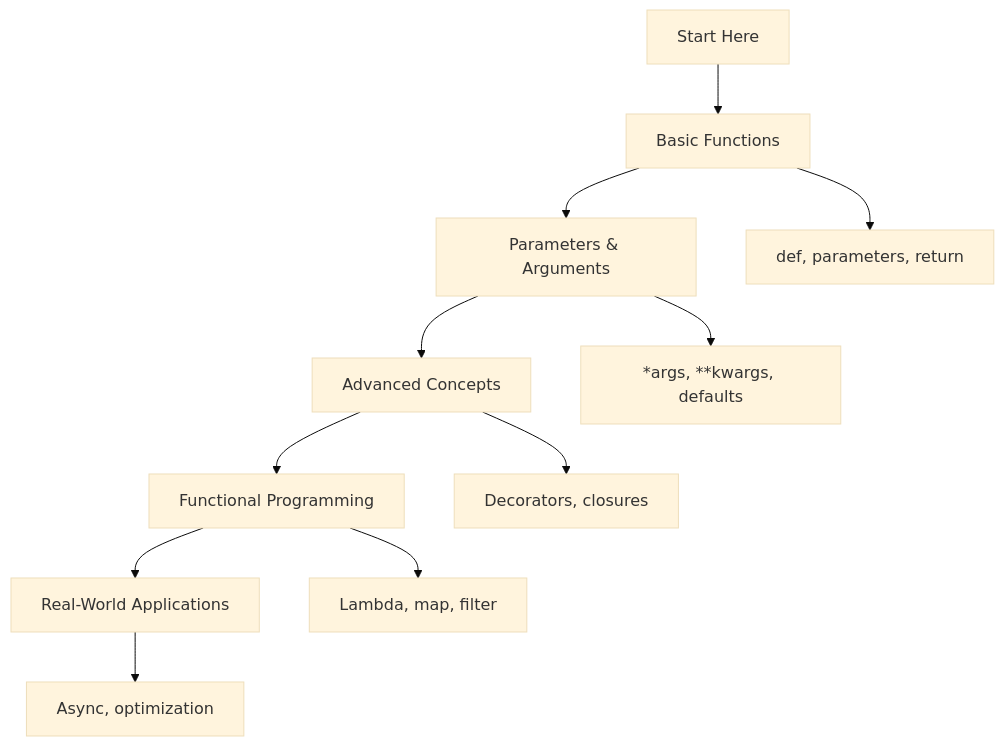
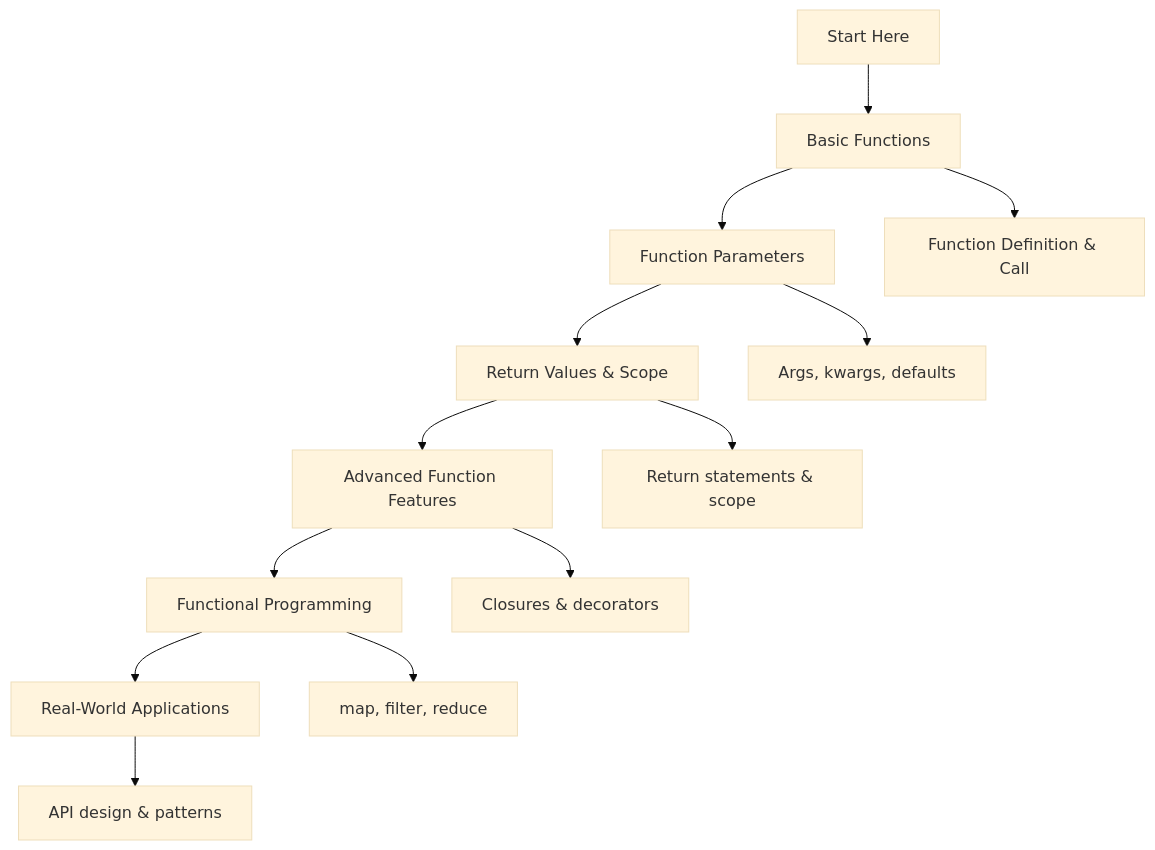
Before and after one commit to mayankpriy/Python-Dojo: the diagram in 03_functions/README.md, drawn with Mermaid (base theme). The commit also changed other lines of this file and 33 other files, not shown here.

````diff
--- a/03_functions/README.md
+++ b/03_functions/README.md
@@ -9,14 +9,16 @@
 ```mermaid
 graph TD
     A[Start Here] --> B[Basic Functions]
-    B --> C[Parameters & Arguments]
-    C --> D[Advanced Concepts]
-    D --> E[Functional Programming]
-    E --> F[Real-World Applications]
+    B --> C[Function Parameters]
+    C --> D[Return Values & Scope]
+    D --> E[Advanced Function Features]
+    E --> F[Functional Programming]
+    F --> G[Real-World Applications]
 
-    B --> B1[def, parameters, return]
-    C --> C1[*args, **kwargs, defaults]
-    D --> D1[Decorators, closures]
-    E --> E1[Lambda, map, filter]
-    F --> F1[Async, optimization]
+    B --> B1[Function Definition & Call]
+    C --> C1[Args, kwargs, defaults]
+    D --> D1[Return statements & scope]
+    E --> E1[Closures & decorators]
+    F --> F1[map, filter, reduce]
+    G --> G1[API design & patterns]
 ```
````
